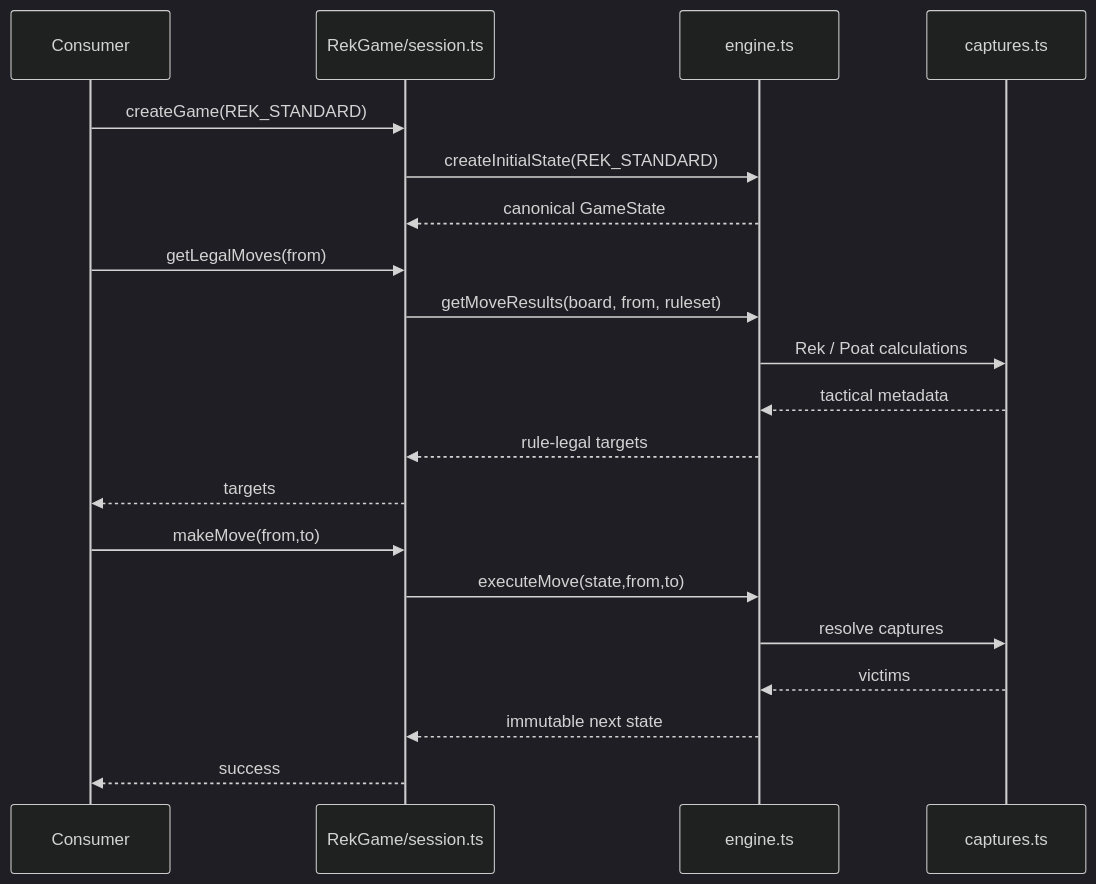
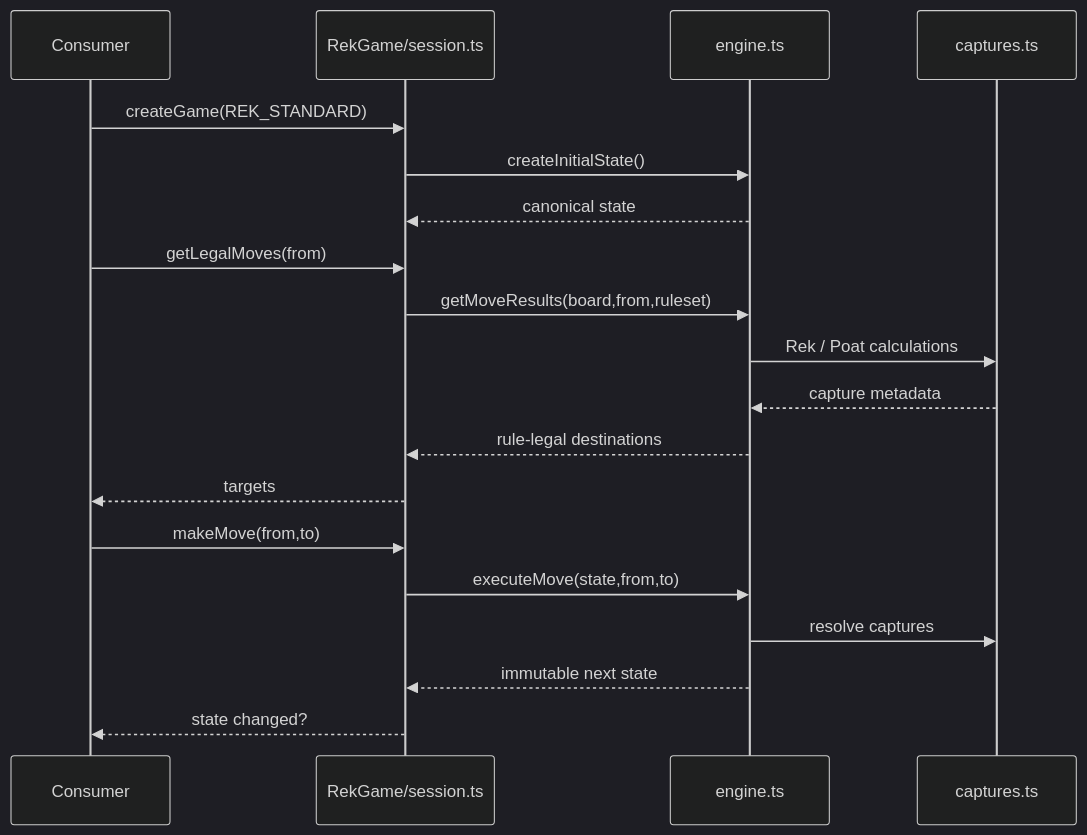
The second of 7 diagrams in ENGINE_ARCHITECTURE_REK_KHMER.md (machxanht/Rek-Khmer-Chess), drawn with Mermaid (dark theme) before and after one commit. The commit also changed other lines of this file and 7 other files, not shown here.

````diff
--- a/ENGINE_ARCHITECTURE_REK_KHMER.md
+++ b/ENGINE_ARCHITECTURE_REK_KHMER.md
@@ -111,25 +111,24 @@
 ```mermaid
 sequenceDiagram
     participant C as Consumer
     participant S as RekGame/session.ts
     participant E as engine.ts
     participant X as captures.ts
 
     C->>S: createGame(REK_STANDARD)
-    S->>E: createInitialState(REK_STANDARD)
-    E-->>S: canonical GameState
+    S->>E: createInitialState()
+    E-->>S: canonical state
 
     C->>S: getLegalMoves(from)
-    S->>E: getMoveResults(board, from, ruleset)
+    S->>E: getMoveResults(board,from,ruleset)
     E->>X: Rek / Poat calculations
-    X-->>E: tactical metadata
-    E-->>S: rule-legal targets
+    X-->>E: capture metadata
+    E-->>S: rule-legal destinations
     S-->>C: targets
 
     C->>S: makeMove(from,to)
     S->>E: executeMove(state,from,to)
     E->>X: resolve captures
-    X-->>E: victims
     E-->>S: immutable next state
-    S-->>C: success
+    S-->>C: state changed?
 ```
````
